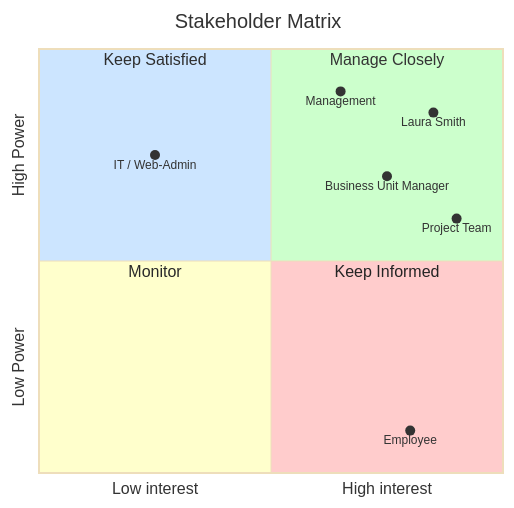
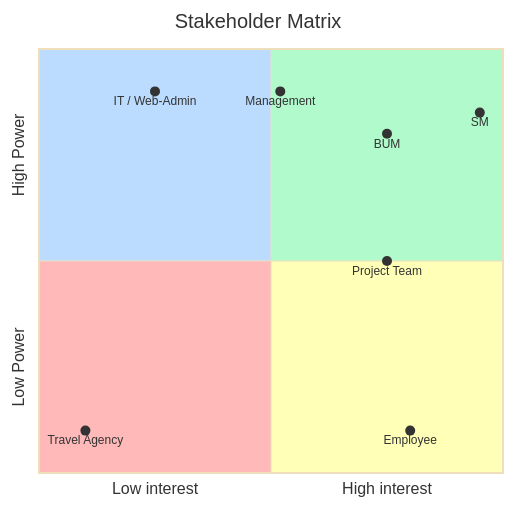
Before and after one commit to podsv-fs26-ad24/ad24-10-fancyproject: the first of 2 diagrams in docs/project_charta.qmd, drawn with Mermaid. The commit also changed other lines of this file and 1 other file, not shown here.

````diff
--- a/docs/project_charta.qmd
+++ b/docs/project_charta.qmd
@@ -58,19 +68,16 @@
 ```{mermaid}
-%%{init: {"theme": "base", "themeVariables": {"quadrant1Fill": "#ccffcc", "quadrant2Fill": "#cce5ff", "quadrant3Fill": "#ffffcc", "quadrant4Fill": "#ffcccc"}}}%%
+%%{init: {"theme": "base", "themeVariables": {"quadrant1Fill": "#b1facc", "quadrant2Fill": "#bbdcff", "quadrant3Fill": "#ffb9b9" , "quadrant4Fill": "#ffffb7"}}}%%
 quadrantChart
     title Stakeholder Matrix
     x-axis "Low interest" --> "High interest"
     y-axis "Low Power" --> "High Power"
-    quadrant-1 "Manage Closely"
-    quadrant-2 "Keep Satisfied"
-    quadrant-3 "Monitor"
-    quadrant-4 "Keep Informed"
-    
-    "Laura Smith": [0.85, 0.85]
-    "Management": [0.65, 0.90]
-    "Business Unit Manager": [0.75, 0.70]
-    "Project Team": [0.90, 0.60]
-    "IT / Web-Admin": [0.25, 0.75]
+
+    "SM": [0.95, 0.85]
+    "Management": [0.52, 0.90]
+    "BUM": [0.75, 0.80]
+    "Project Team": [0.75, 0.50]
+    "IT / Web-Admin": [0.25, 0.90]
     "Employee": [0.80, 0.10]
+    "Travel Agency": [0.10, 0.10]
 
 ```
````
